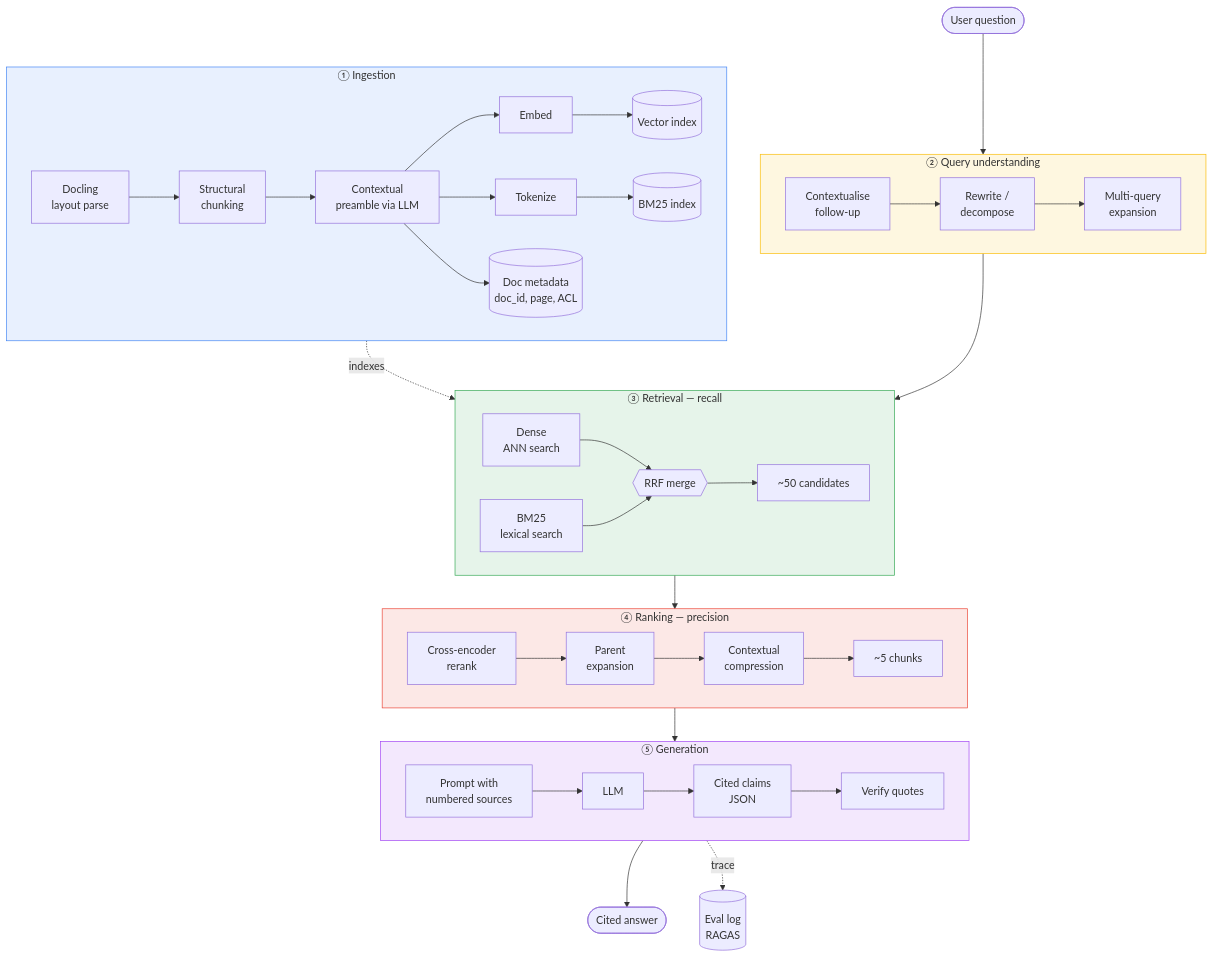
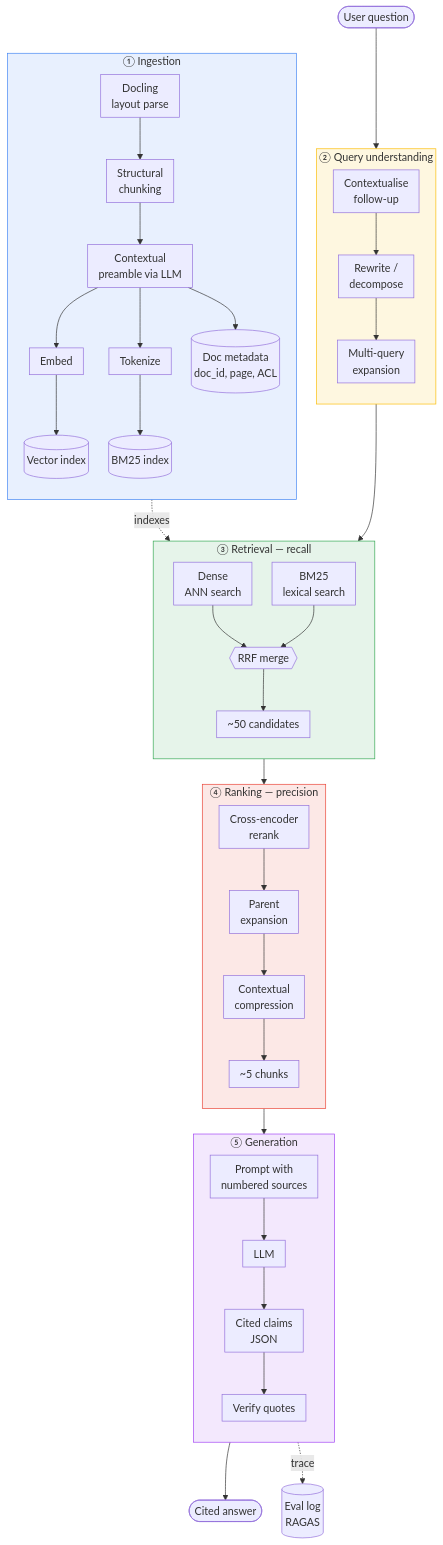
One commit to fibaneza/public-tmp changed the second of 2 diagrams in rag/RAG_Overview.adoc. Above: the diagram before and after it, drawn with Mermaid. The commit also changed other lines of this file and 19 other files, not shown here.

Commit message:
feat: add RAG observability guide, standardize mermaid diagrams, and update cross-references throughout documentation

```diff
--- a/rag/RAG_Overview.adoc
+++ b/rag/RAG_Overview.adoc
@@ -195,49 +196,50 @@
 [mermaid]
 ....
+%%{init: {"flowchart": {"nodeSpacing": 30, "rankSpacing": 38, "padding": 8}} }%%
 flowchart TB
     subgraph ING["① Ingestion"]
-        direction LR
+        direction TB
         I1[Docling<br/>layout parse] --> I2[Structural<br/>chunking]
         I2 --> I3[Contextual<br/>preamble via LLM]
         I3 --> I4[Embed] --> I5[(Vector index)]
         I3 --> I6[Tokenize] --> I7[(BM25 index)]
         I3 --> I8[(Doc metadata<br/>doc_id, page, ACL)]
     end
 
     subgraph UND["② Query understanding"]
-        direction LR
+        direction TB
         U1[Contextualise<br/>follow-up] --> U2[Rewrite /<br/>decompose]
         U2 --> U3[Multi-query<br/>expansion]
     end
 
     subgraph RET["③ Retrieval — recall"]
-        direction LR
+        direction TB
         R1[Dense<br/>ANN search] --> R3{{RRF merge}}
         R2[BM25<br/>lexical search] --> R3
         R3 --> R4[~50 candidates]
     end
 
     subgraph RANK["④ Ranking — precision"]
-        direction LR
+        direction TB
         K1[Cross-encoder<br/>rerank] --> K2[Parent<br/>expansion]
         K2 --> K3[Contextual<br/>compression]
         K3 --> K4[~5 chunks]
     end
 
     subgraph GEN["⑤ Generation"]
-        direction LR
+        direction TB
         G1[Prompt with<br/>numbered sources] --> G2[LLM]
         G2 --> G3[Cited claims<br/>JSON]
         G3 --> G4[Verify quotes]
     end
 
     ING -.->|indexes| RET
     Q([User question]) --> UND --> RET --> RANK --> GEN --> A([Cited answer])
     GEN -.->|trace| EV[(Eval log<br/>RAGAS)]
 
     style ING fill:#e8f0fe,stroke:#4285f4
     style UND fill:#fef7e0,stroke:#fbbc04
     style RET fill:#e6f4ea,stroke:#34a853
     style RANK fill:#fce8e6,stroke:#ea4335
     style GEN fill:#f3e8fd,stroke:#a142f4
 ....
```
